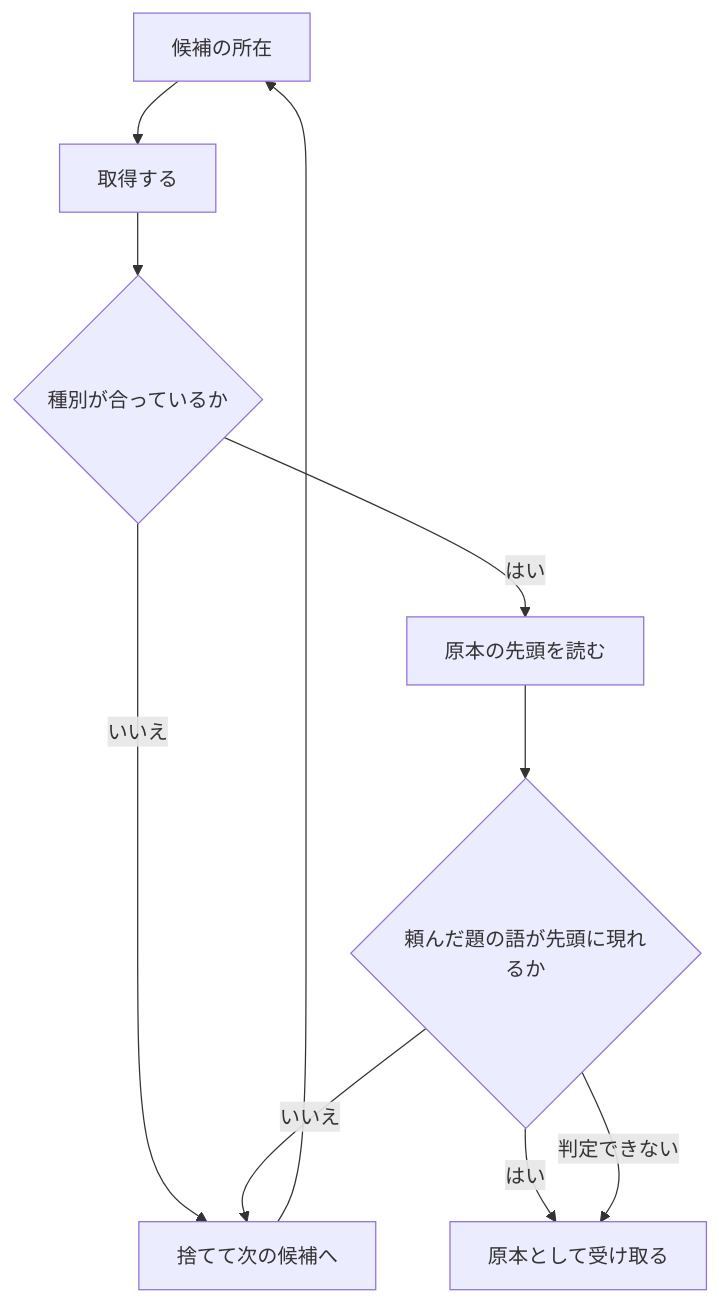
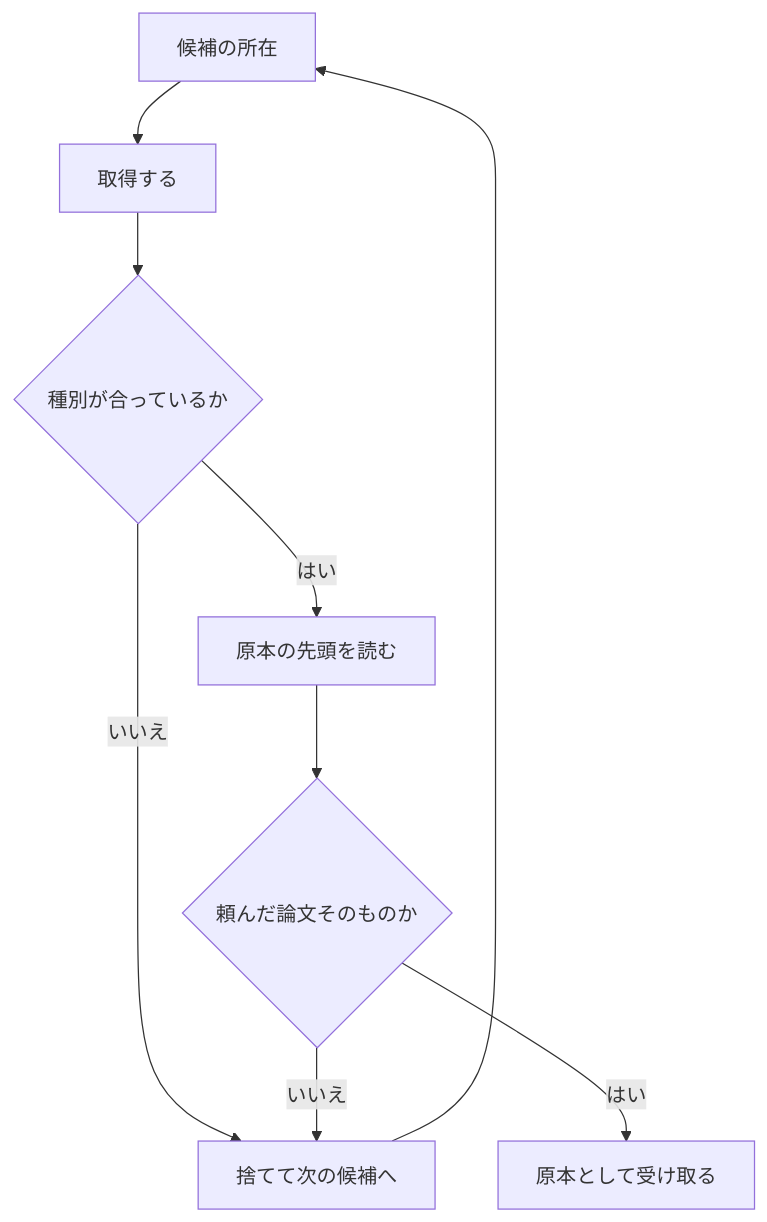
Before and after one commit to MatchaChoco010/carrel: the diagram in docs/design/0025_original_is_the_asked_paper.md, drawn with Mermaid. The commit also changed other lines of this file, not shown here.

````diff
--- a/docs/design/0025_original_is_the_asked_paper.md
+++ b/docs/design/0025_original_is_the_asked_paper.md
@@ -66,12 +69,11 @@
 ```mermaid
 flowchart TD
   T["候補の所在"] --> F["取得する"]
   F --> K{"種別が合っているか"}
   K -->|いいえ| N["捨てて次の候補へ"]
   K -->|はい| H["原本の先頭を読む"]
-  H --> M{"頼んだ題の語が先頭に現れるか"}
+  H --> M{"頼んだ論文そのものか"}
   M -->|はい| A["原本として受け取る"]
-  M -->|判定できない| A
   M -->|いいえ| N
   N --> T
 ```
````
